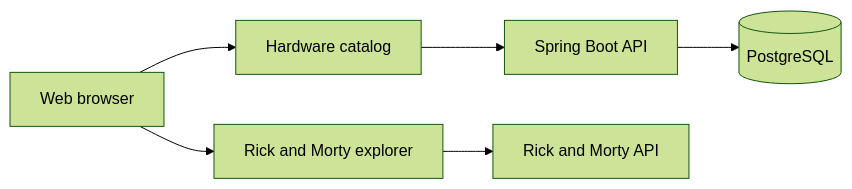
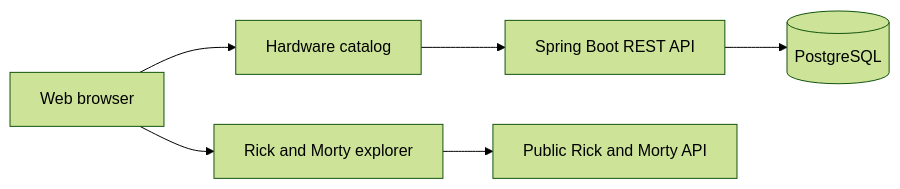
Before and after one commit to estebantkb/catalog-api-monorepo: the first of 3 diagrams in README.md, drawn with Mermaid (forest theme). The commit also changed other lines of this file and 10 other files, not shown here.

````diff
--- a/README.md
+++ b/README.md
@@ -31,15 +46,15 @@
 ```mermaid
 flowchart LR
     Browser[Web browser]
-    Hardware[Hardware catalog]
+    Catalog[Hardware catalog]
     Explorer[Rick and Morty explorer]
-    Backend[Spring Boot API]
+    API[Spring Boot REST API]
     Database[(PostgreSQL)]
-    RickAPI[Rick and Morty API]
+    ExternalAPI[Public Rick and Morty API]
 
-    Browser --> Hardware
+    Browser --> Catalog
     Browser --> Explorer
-    Hardware --> Backend
-    Backend --> Database
-    Explorer --> RickAPI
+    Catalog --> API
+    API --> Database
+    Explorer --> ExternalAPI
 ```
````
